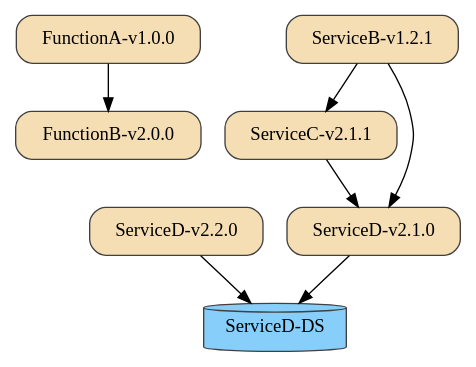
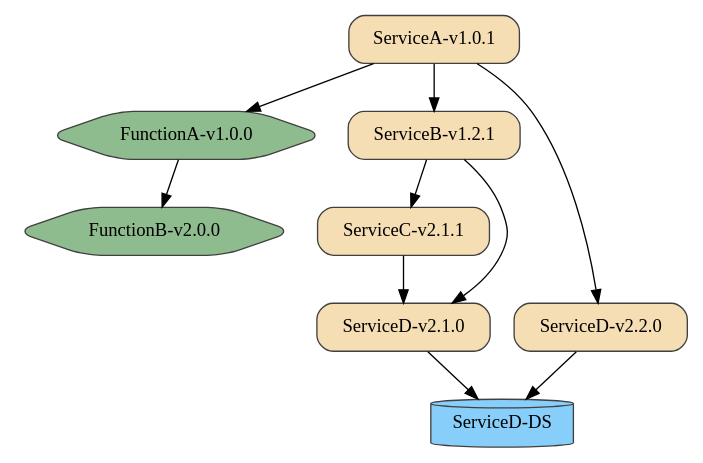
One commit to laetho/metagraf changed the diagram in out/dots/example.dot. Above: the diagram before and after it, drawn with Graphviz. The commit also changed 3 other files, not shown here.

Commit message:
* Fixed typo in example ServiceA * Updated example image in readme.md * Updates to dot genrator to make distinction on service|function|datastore

```diff
--- a/out/dots/example.dot
+++ b/out/dots/example.dot
@@ -1,19 +1,36 @@
 digraph {
   rankdir=tplr
   node [color=grey25,
         fillcolor=wheat,
         shape=box,
         style="rounded,filled"];
-"FunctionB-v2.0.0" []
+"FunctionB-v2.0.0" [
+  shape=hexagon,fillcolor=darkseagreen
+]
 "FunctionA-v1.0.0" -> "FunctionB-v2.0.0"
-"ServiceC-v2.1.1" []
+"ServiceB-v1.2.1" [
+]
+"ServiceA-v1.0.1" -> "ServiceB-v1.2.1"
+"ServiceD-v2.2.0" [
+]
+"ServiceA-v1.0.1" -> "ServiceD-v2.2.0"
+"FunctionA-v1.0.0" [
+  shape=hexagon,fillcolor=darkseagreen
+]
+"ServiceA-v1.0.1" -> "FunctionA-v1.0.0"
+"ServiceC-v2.1.1" [
+]
 "ServiceB-v1.2.1" -> "ServiceC-v2.1.1"
-"ServiceD-v2.1.0" []
+"ServiceD-v2.1.0" [
+]
 "ServiceB-v1.2.1" -> "ServiceD-v2.1.0"
-"ServiceD-v2.1.0" []
+"ServiceD-v2.1.0" [
+]
 "ServiceC-v2.1.1" -> "ServiceD-v2.1.0"
-"ServiceD-DS" [shape=cylinder,fillcolor=lightskyblue]
+"ServiceD-DS" [
+shape=cylinder,fillcolor=lightskyblue]
 "ServiceD-v2.1.0" -> "ServiceD-DS"
-"ServiceD-DS" [shape=cylinder,fillcolor=lightskyblue]
+"ServiceD-DS" [
+shape=cylinder,fillcolor=lightskyblue]
 "ServiceD-v2.2.0" -> "ServiceD-DS"
 }
```
